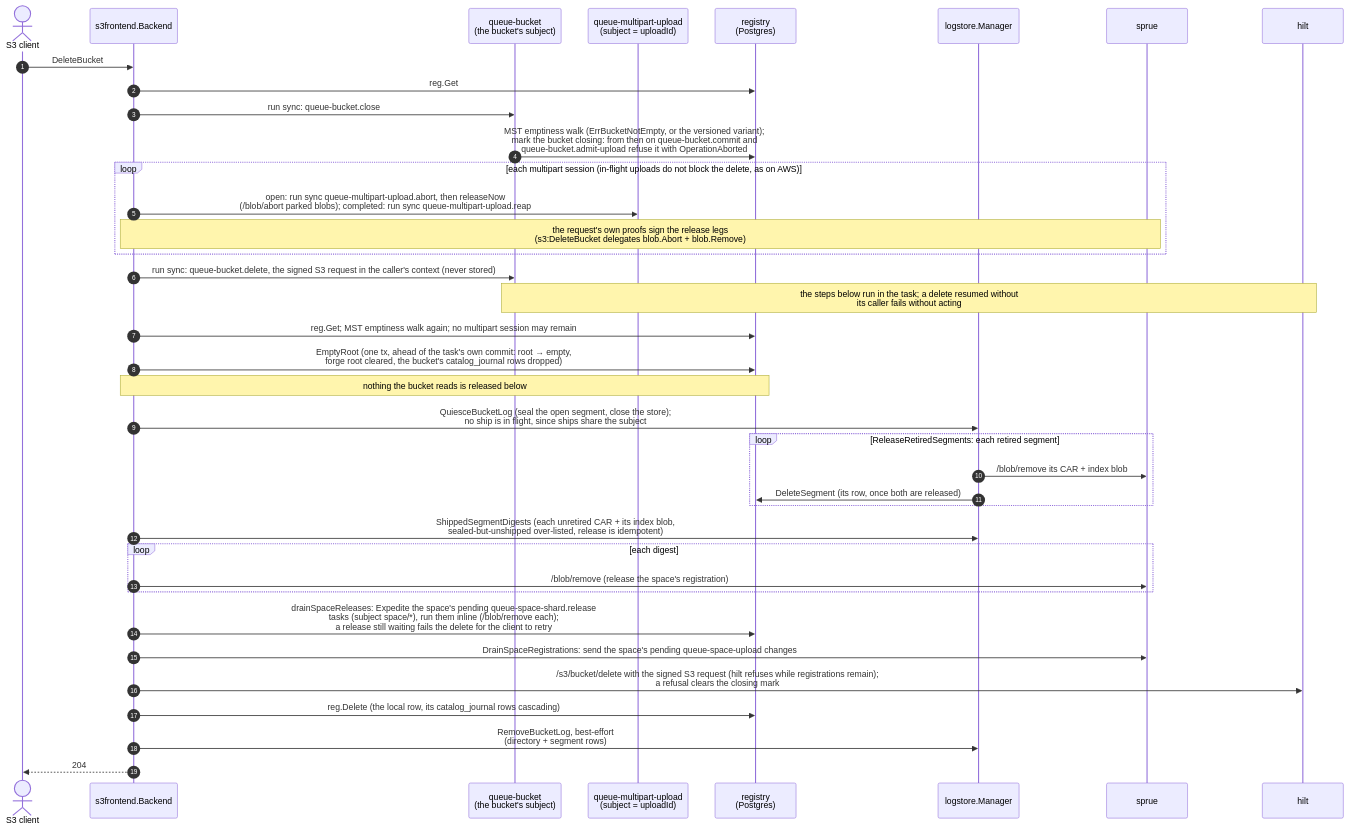
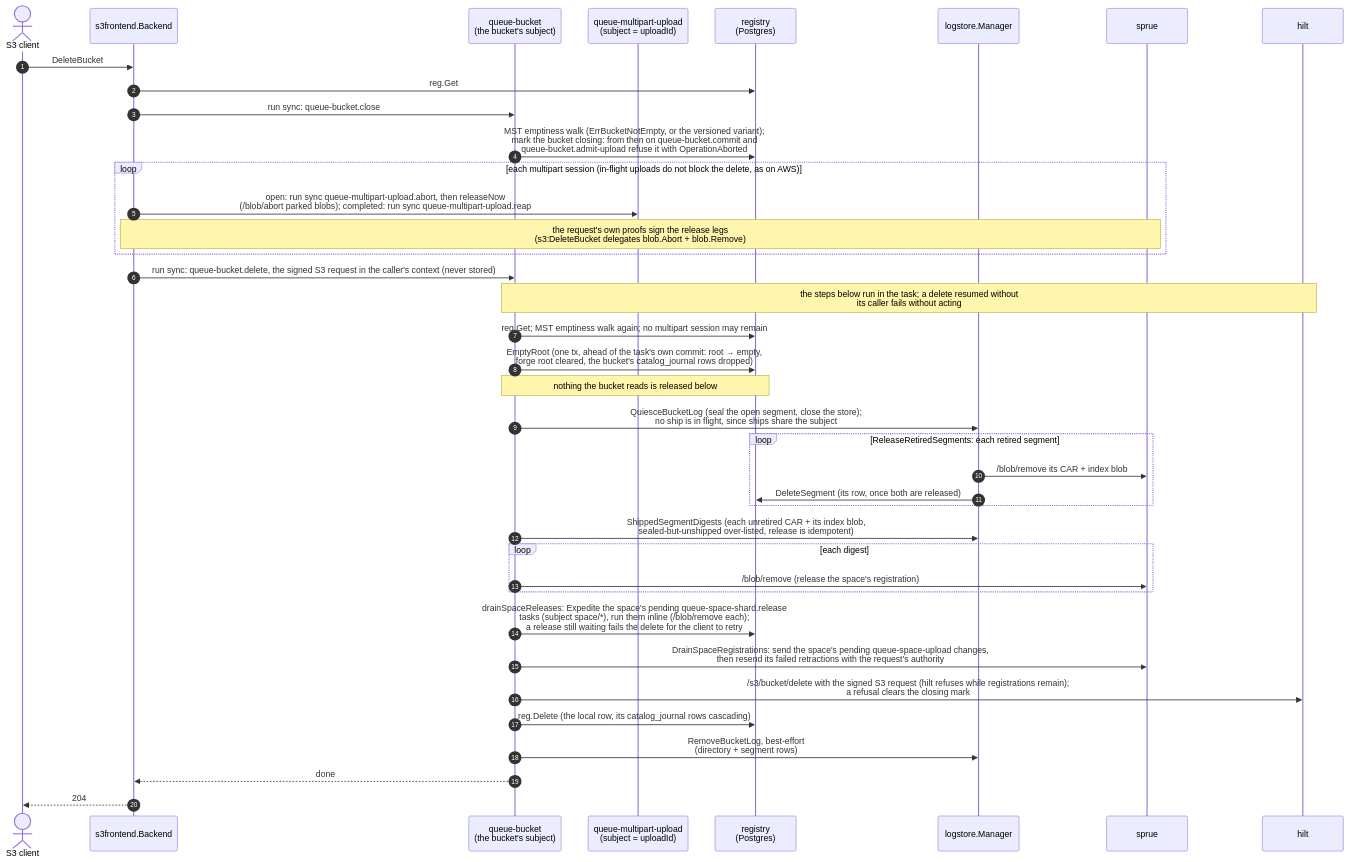
Before and after one commit to fil-forge/ingot: diagram 15 of 15 in docs/diagrams.md, drawn with Mermaid. The commit also changed other lines of this file and 14 other files, not shown here.

````diff
--- a/docs/diagrams.md
+++ b/docs/diagrams.md
@@ -1272,41 +1294,42 @@
 ```mermaid
 sequenceDiagram
     autonumber
     actor C as S3 client
     participant B as s3frontend.Backend
     participant Q as queue-bucket<br/>(the bucket's subject)
     participant M as queue-multipart-upload<br/>(subject = uploadId)
     participant R as registry<br/>(Postgres)
     participant L as logstore.Manager
     participant U as sprue
     participant H as hilt
 
     C->>B: DeleteBucket
     B->>R: reg.Get
     B->>Q: run sync: queue-bucket.close
     Q->>R: MST emptiness walk (ErrBucketNotEmpty, or the versioned variant)#59;<br/>mark the bucket closing: from then on queue-bucket.commit and<br/>queue-bucket.admit-upload refuse it with OperationAborted
     loop each multipart session (in-flight uploads do not block the delete, as on AWS)
         B->>M: open: run sync queue-multipart-upload.abort, then releaseNow<br/>(/blob/abort parked blobs)#59; completed: run sync queue-multipart-upload.reap
         Note over B,U: the request's own proofs sign the release legs<br/>(s3:DeleteBucket delegates blob.Abort + blob.Remove)
     end
     B->>Q: run sync: queue-bucket.delete, the signed S3 request in the caller's context (never stored)
     Note over Q,H: the steps below run in the task#59; a delete resumed without<br/>its caller fails without acting
-    B->>R: reg.Get#59; MST emptiness walk again#59; no multipart session may remain
-    B->>R: EmptyRoot (one tx, ahead of the task's own commit: root → empty,<br/>forge root cleared, the bucket's catalog_journal rows dropped)
-    Note over B,R: nothing the bucket reads is released below
-    B->>L: QuiesceBucketLog (seal the open segment, close the store)#59;<br/>no ship is in flight, since ships share the subject
+    Q->>R: reg.Get#59; MST emptiness walk again#59; no multipart session may remain
+    Q->>R: EmptyRoot (one tx, ahead of the task's own commit: root → empty,<br/>forge root cleared, the bucket's catalog_journal rows dropped)
+    Note over Q,R: nothing the bucket reads is released below
+    Q->>L: QuiesceBucketLog (seal the open segment, close the store)#59;<br/>no ship is in flight, since ships share the subject
     loop ReleaseRetiredSegments: each retired segment
         L->>U: /blob/remove its CAR + index blob
         L->>R: DeleteSegment (its row, once both are released)
     end
-    B->>L: ShippedSegmentDigests (each unretired CAR + its index blob,<br/>sealed-but-unshipped over-listed, release is idempotent)
+    Q->>L: ShippedSegmentDigests (each unretired CAR + its index blob,<br/>sealed-but-unshipped over-listed, release is idempotent)
     loop each digest
-        B->>U: /blob/remove (release the space's registration)
+        Q->>U: /blob/remove (release the space's registration)
     end
-    B->>R: drainSpaceReleases: Expedite the space's pending queue-space-shard.release<br/>tasks (subject space/*), run them inline (/blob/remove each)#59;<br/>a release still waiting fails the delete for the client to retry
-    B->>U: DrainSpaceRegistrations: send the space's pending queue-space-upload changes
-    B->>H: /s3/bucket/delete with the signed S3 request (hilt refuses while registrations remain)#59;<br/>a refusal clears the closing mark
-    B->>R: reg.Delete (the local row, its catalog_journal rows cascading)
-    B->>L: RemoveBucketLog, best-effort<br/>(directory + segment rows)
+    Q->>R: drainSpaceReleases: Expedite the space's pending queue-space-shard.release<br/>tasks (subject space/*), run them inline (/blob/remove each)#59;<br/>a release still waiting fails the delete for the client to retry
+    Q->>U: DrainSpaceRegistrations: send the space's pending queue-space-upload changes,<br/>then resend its failed retractions with the request's authority
+    Q->>H: /s3/bucket/delete with the signed S3 request (hilt refuses while registrations remain)#59;<br/>a refusal clears the closing mark
+    Q->>R: reg.Delete (the local row, its catalog_journal rows cascading)
+    Q->>L: RemoveBucketLog, best-effort<br/>(directory + segment rows)
+    Q-->>B: done
     B-->>C: 204
 ```
````
